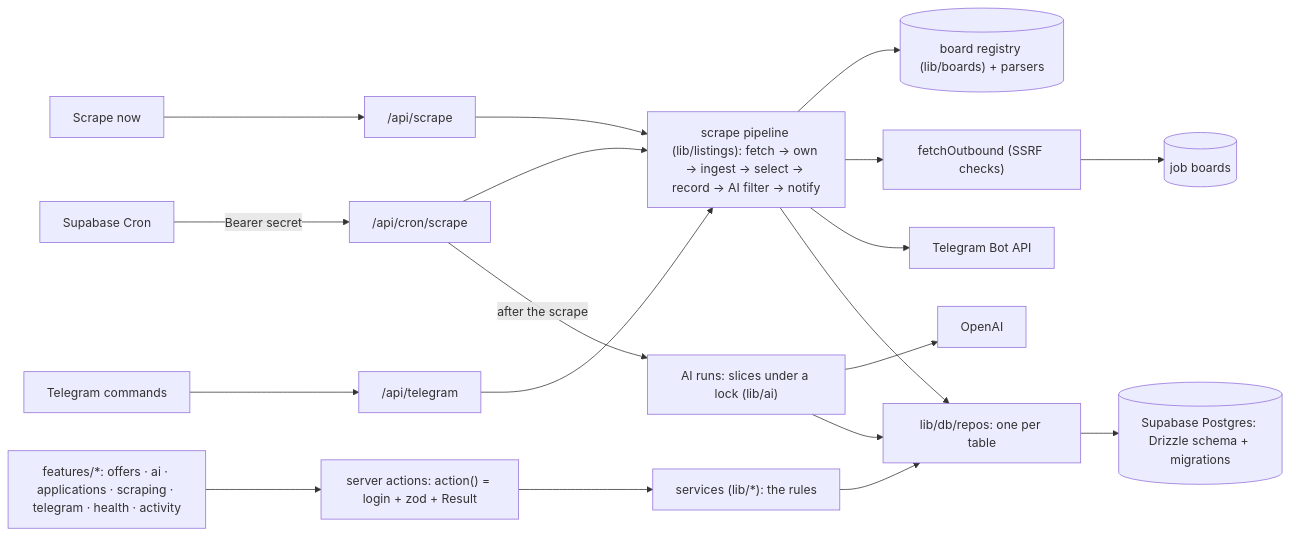
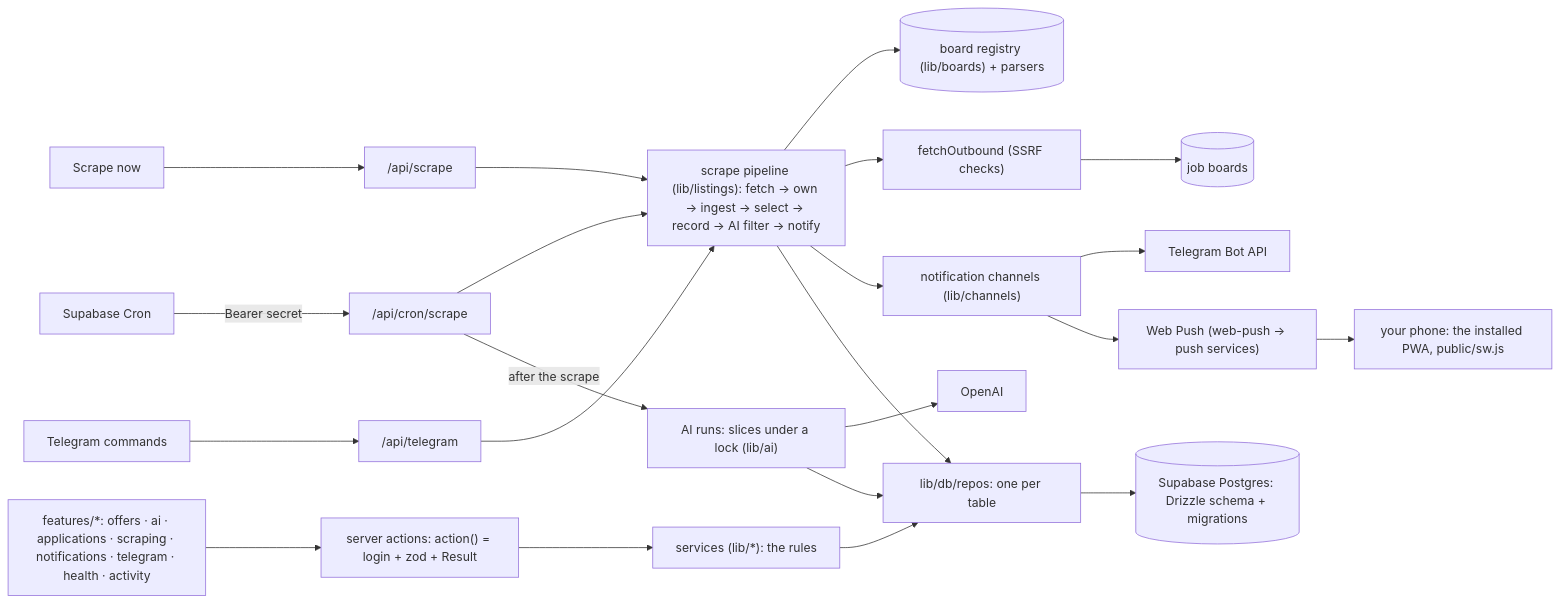
The first of 4 diagrams in docs/ARCHITECTURE.md (u-can-do-it/applied), drawn with Mermaid before and after one commit. The commit also changed other lines of this file and 90 other files, not shown here.

First line of the commit message:
PWA with Web Push alongside Telegram; Notifications panel; new offers highlighted

````diff
--- a/docs/ARCHITECTURE.md
+++ b/docs/ARCHITECTURE.md
@@ -9,18 +9,20 @@
 ```mermaid
 flowchart LR
   Cron[Supabase Cron] -->|Bearer secret| CronApi["/api/cron/scrape"]
   Button["Scrape now"] --> ScrapeApi["/api/scrape"]
   Bot[Telegram commands] --> TgApi["/api/telegram"]
   CronApi --> Pipeline["scrape pipeline (lib/listings): fetch → own → ingest → select → record → AI filter → notify"]
   ScrapeApi --> Pipeline
   TgApi --> Pipeline
   Pipeline --> Boards[("board registry (lib/boards) + parsers")]
   Pipeline --> Outbound["fetchOutbound (SSRF checks)"] --> Sites[(job boards)]
-  Pipeline --> Telegram[Telegram Bot API]
+  Pipeline --> Channels["notification channels (lib/channels)"]
+  Channels --> Telegram[Telegram Bot API]
+  Channels --> Push["Web Push (web-push → push services)"] --> Phone["your phone: the installed PWA, public/sw.js"]
   CronApi -->|after the scrape| AiRuns["AI runs: slices under a lock (lib/ai)"]
   AiRuns --> OpenAI
-  UI["features/*: offers · ai · applications · scraping · telegram · health · activity"] --> Actions["server actions: action() = login + zod + Result"]
+  UI["features/*: offers · ai · applications · scraping · notifications · telegram · health · activity"] --> Actions["server actions: action() = login + zod + Result"]
   Actions --> Services["services (lib/*): the rules"] --> Repos["lib/db/repos: one per table"] --> DB[("Supabase Postgres: Drizzle schema + migrations")]
   Pipeline --> Repos
   AiRuns --> Repos
 ```
````
